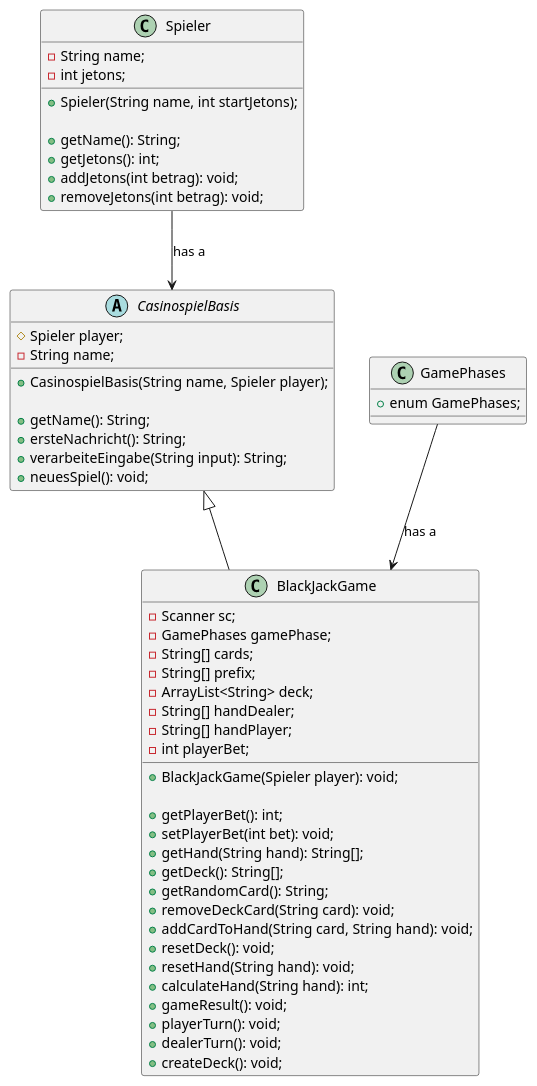
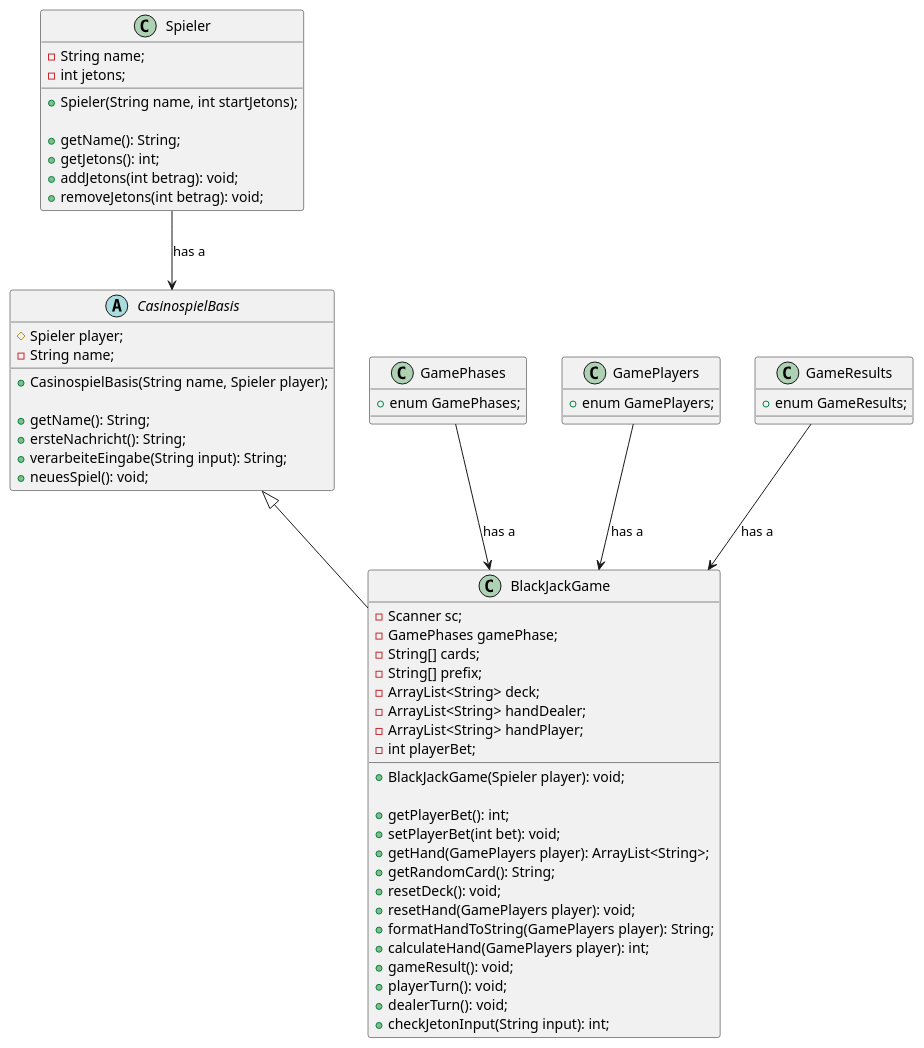
Before and after one commit to Henrik-basecom/casino-black-jack: the diagram in UML-Diagramm/UML.wsd, drawn with PlantUML. The commit also changed 1 other file, not shown here.

Commit message:
[henrik] update uml diagram

```diff
--- a/UML-Diagramm/UML.wsd
+++ b/UML-Diagramm/UML.wsd
@@ -1,61 +1,69 @@
 @startuml BlackJack
 class Spieler {
     - String name;
     - int jetons;
 
     + Spieler(String name, int startJetons);
 
     + getName(): String;
     + getJetons(): int;
     + addJetons(int betrag): void;
     + removeJetons(int betrag): void;
 }
 
 abstract class CasinospielBasis {
     # Spieler player;
     - String name;
 
     + CasinospielBasis(String name, Spieler player);
 
     + getName(): String;
     + ersteNachricht(): String;
     + verarbeiteEingabe(String input): String;
     + neuesSpiel(): void;
 }
 
 
 class BlackJackGame extends CasinospielBasis{
     - Scanner sc;
     - GamePhases gamePhase;
     - String[] cards;
     - String[] prefix;
     - ArrayList<String> deck;
-    - String[] handDealer;
-    - String[] handPlayer; 
+    - ArrayList<String> handDealer;
+    - ArrayList<String> handPlayer; 
     - int playerBet;
 
     + BlackJackGame(Spieler player): void;
 
     + getPlayerBet(): int;
     + setPlayerBet(int bet): void;
-    + getHand(String hand): String[];
-    + getDeck(): String[];
+    + getHand(GamePlayers player): ArrayList<String>;
     + getRandomCard(): String;
-    + removeDeckCard(String card): void;
-    + addCardToHand(String card, String hand): void;
     + resetDeck(): void;
-    + resetHand(String hand): void;
-    + calculateHand(String hand): int;
+    + resetHand(GamePlayers player): void;
+    + formatHandToString(GamePlayers player): String;
+    + calculateHand(GamePlayers player): int;
     + gameResult(): void;
     + playerTurn(): void;
     + dealerTurn(): void;
-    + createDeck(): void;
+    + checkJetonInput(String input): int;
 }
 
 class GamePhases {
     + enum GamePhases;
 }
 
+class GamePlayers {
+    + enum GamePlayers;
+}
+
+class GameResults {
+    + enum GameResults;
+}
+
 Spieler --> CasinospielBasis : "has a"
 GamePhases --> BlackJackGame: "has a"
+GamePlayers --> BlackJackGame: "has a"
+GameResults --> BlackJackGame: "has a"
 @enduml
```
